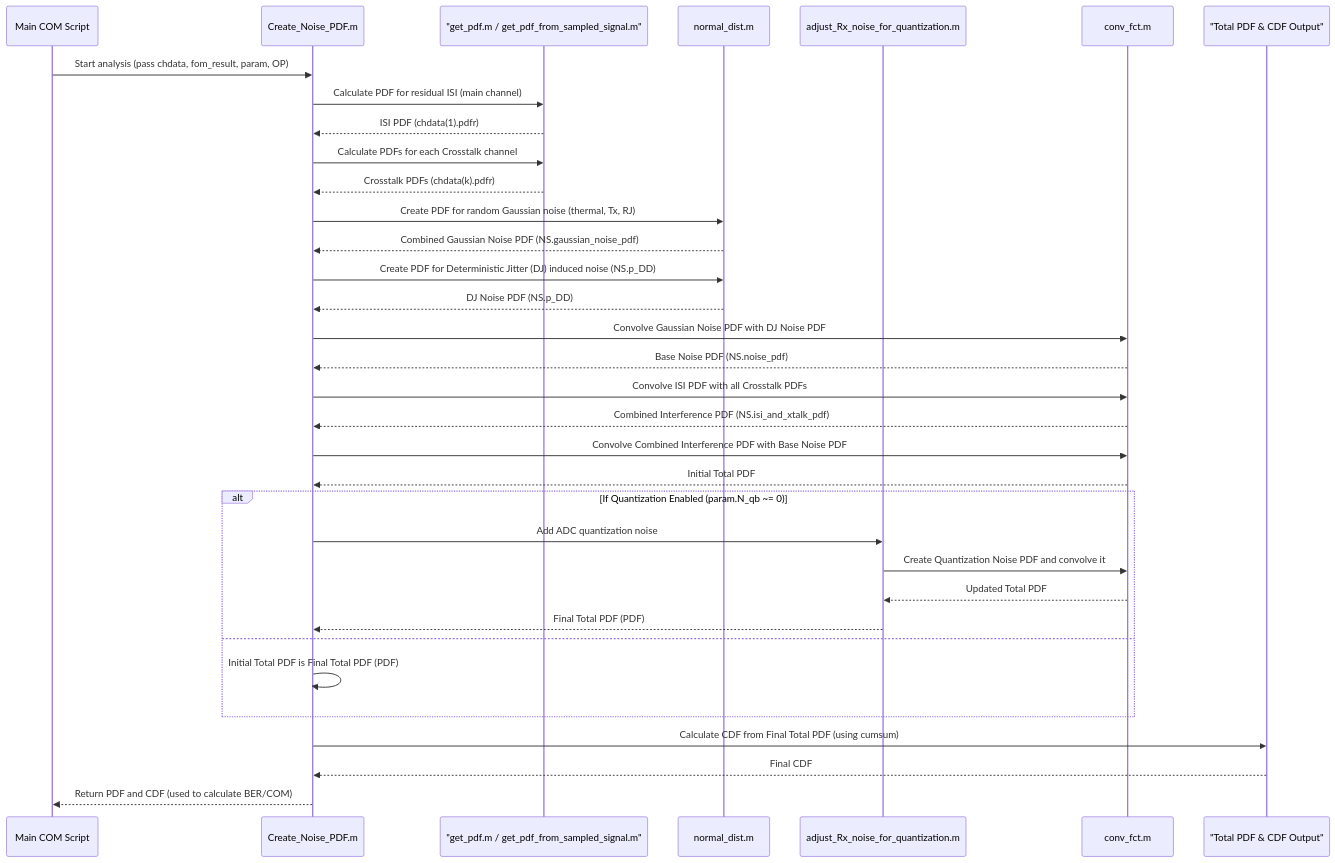
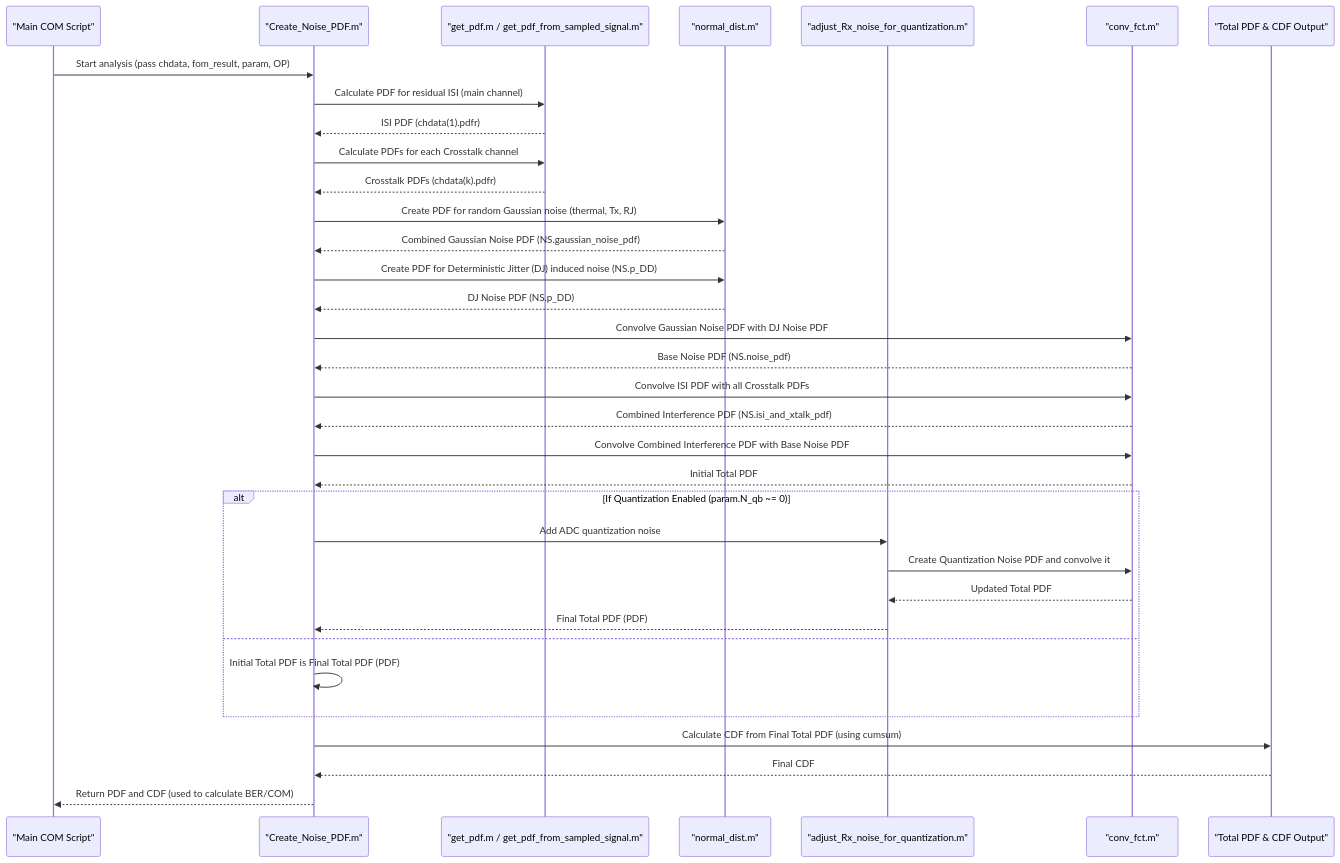
The second of 2 diagrams in output/com_code/05_statistical_noise_and_interference_analysis__pdf_cdf__.md (jueshi/PocketFlow-Tutorial-Codebase-Knowledge), drawn with Mermaid before and after one commit. The commit also changed other lines of this file and 282 other files, not shown here.

````diff
--- a/output/com_code/05_statistical_noise_and_interference_analysis__pdf_cdf__.md
+++ b/output/com_code/05_statistical_noise_and_interference_analysis__pdf_cdf__.md
@@ -103,42 +103,42 @@
 ```mermaid
 sequenceDiagram
-    participant COM_Main as Main COM Script
-    participant CreateNoisePDF as Create_Noise_PDF.m
+    participant COM_Main as "Main COM Script"
+    participant CreateNoisePDF as "Create_Noise_PDF.m"
     participant GetInterferencePDF as "get_pdf.m / get_pdf_from_sampled_signal.m"
-    participant NoiseModeler as normal_dist.m
-    participant QuantNoise as adjust_Rx_noise_for_quantization.m
-    participant Convolver as conv_fct.m
+    participant NoiseModeler as "normal_dist.m"
+    participant QuantNoise as "adjust_Rx_noise_for_quantization.m"
+    participant Convolver as "conv_fct.m"
     participant FinalResult as "Total PDF & CDF Output"
 
     COM_Main->>CreateNoisePDF: Start analysis (pass chdata, fom_result, param, OP)
     CreateNoisePDF->>GetInterferencePDF: Calculate PDF for residual ISI (main channel)
     GetInterferencePDF-->>CreateNoisePDF: ISI PDF (chdata(1).pdfr)
     CreateNoisePDF->>GetInterferencePDF: Calculate PDFs for each Crosstalk channel
     GetInterferencePDF-->>CreateNoisePDF: Crosstalk PDFs (chdata(k).pdfr)
     CreateNoisePDF->>NoiseModeler: Create PDF for random Gaussian noise (thermal, Tx, RJ)
     NoiseModeler-->>CreateNoisePDF: Combined Gaussian Noise PDF (NS.gaussian_noise_pdf)
     CreateNoisePDF->>NoiseModeler: Create PDF for Deterministic Jitter (DJ) induced noise (NS.p_DD)
     NoiseModeler-->>CreateNoisePDF: DJ Noise PDF (NS.p_DD)
     
     CreateNoisePDF->>Convolver: Convolve Gaussian Noise PDF with DJ Noise PDF
     Convolver-->>CreateNoisePDF: Base Noise PDF (NS.noise_pdf)
 
     CreateNoisePDF->>Convolver: Convolve ISI PDF with all Crosstalk PDFs
     Convolver-->>CreateNoisePDF: Combined Interference PDF (NS.isi_and_xtalk_pdf)
     
     CreateNoisePDF->>Convolver: Convolve Combined Interference PDF with Base Noise PDF
     Convolver-->>CreateNoisePDF: Initial Total PDF
     
     alt If Quantization Enabled (param.N_qb ~= 0)
         CreateNoisePDF->>QuantNoise: Add ADC quantization noise
         QuantNoise->>Convolver: Create Quantization Noise PDF and convolve it
         Convolver-->>QuantNoise: Updated Total PDF
         QuantNoise-->>CreateNoisePDF: Final Total PDF (PDF)
     else
         CreateNoisePDF->>CreateNoisePDF: Initial Total PDF is Final Total PDF (PDF)
     end
 
     CreateNoisePDF->>FinalResult: Calculate CDF from Final Total PDF (using cumsum)
     FinalResult-->>CreateNoisePDF: Final CDF
     CreateNoisePDF-->>COM_Main: Return PDF and CDF (used to calculate BER/COM)
 ```
````
